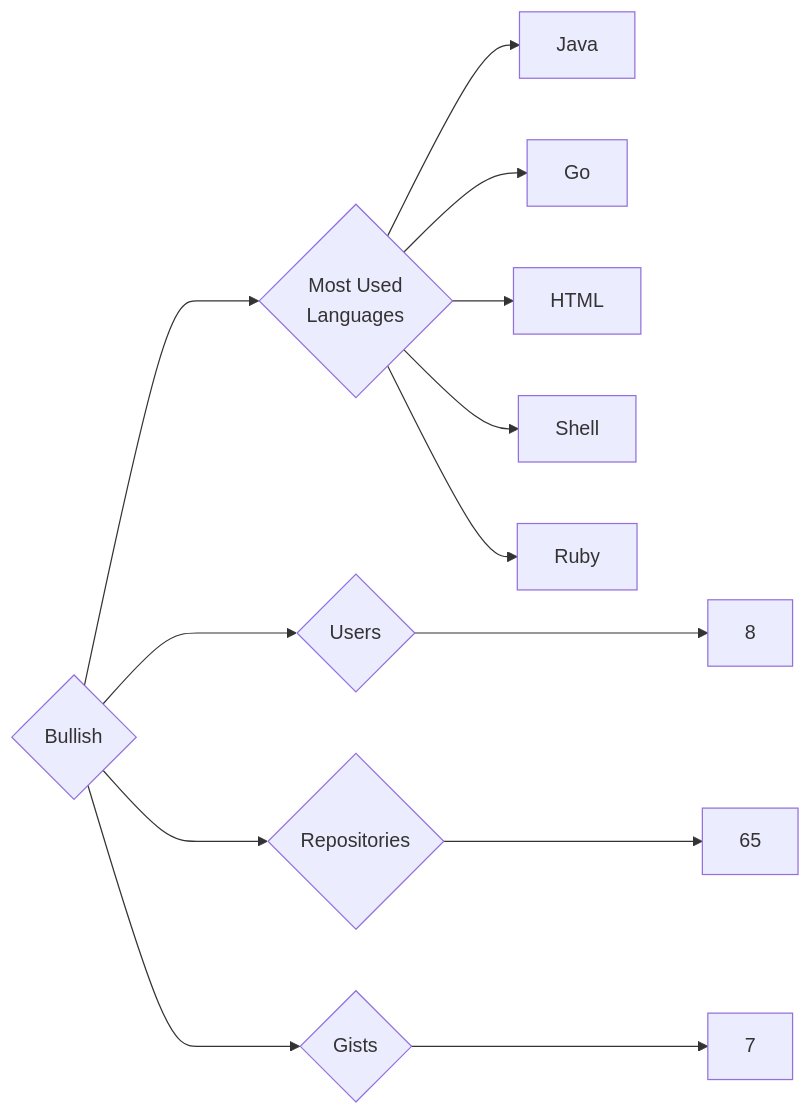
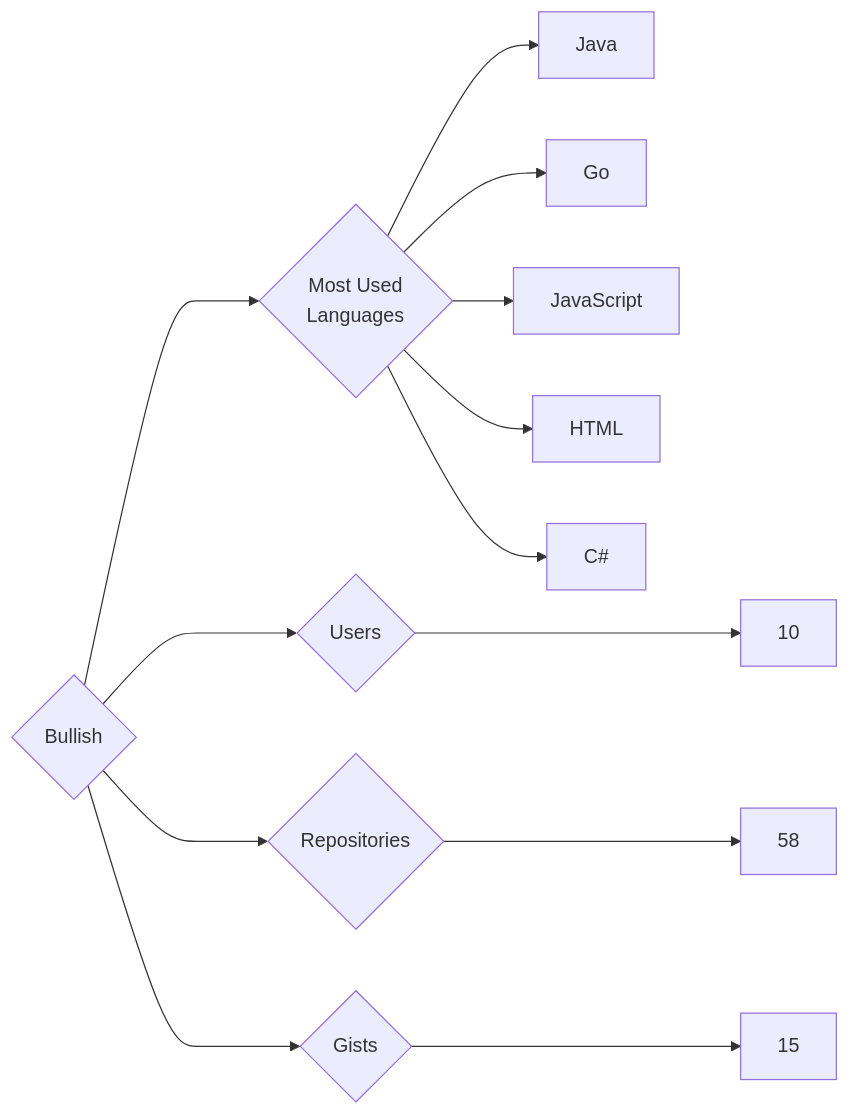
The diagram in targets/Bullish/README.md (trickest/insiders), drawn with Mermaid before and after one commit. The commit also changed 914 other files, not shown here.

````diff
--- a/targets/Bullish/README.md
+++ b/targets/Bullish/README.md
@@ -3,13 +3,13 @@
 ```mermaid
 graph LR
 COMPANY_NAME{Bullish}
-COMPANY_NAME ---> U{Users} ---> UN[8]
-COMPANY_NAME ---> R{Repositories} ---> RN[65]
-COMPANY_NAME ---> G{Gists} ---> GN[7]
+COMPANY_NAME ---> U{Users} ---> UN[10]
+COMPANY_NAME ---> R{Repositories} ---> RN[58]
+COMPANY_NAME ---> G{Gists} ---> GN[15]
 COMPANY_NAME ---> ML{Most Used<br>Languages}
 ML --> Java[Java]
 ML --> Go[Go]
+ML --> JavaScript[JavaScript]
 ML --> HTML[HTML]
-ML --> Shell[Shell]
-ML --> Ruby[Ruby]
+ML --> C#[C#]
 ```
````
